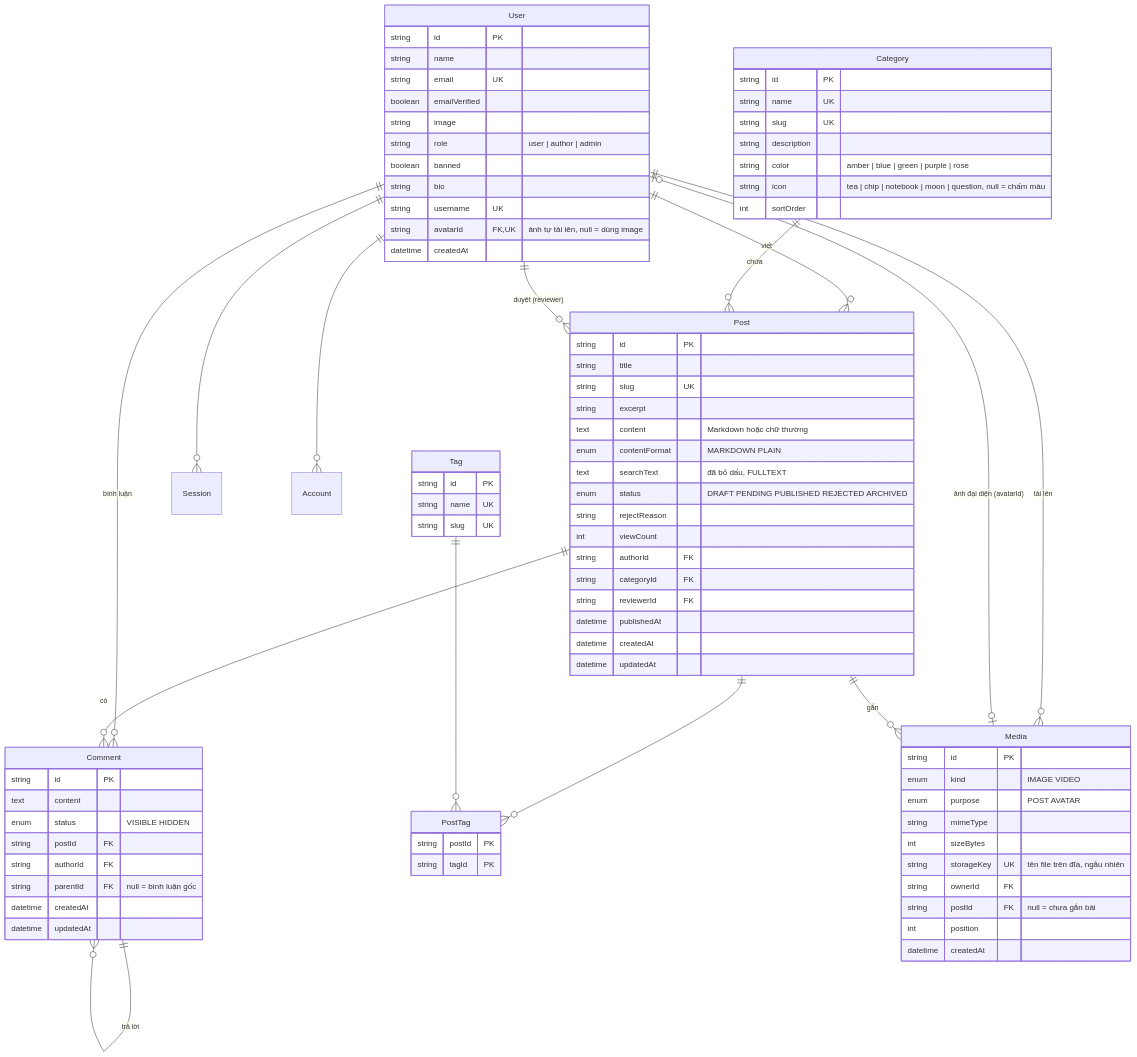
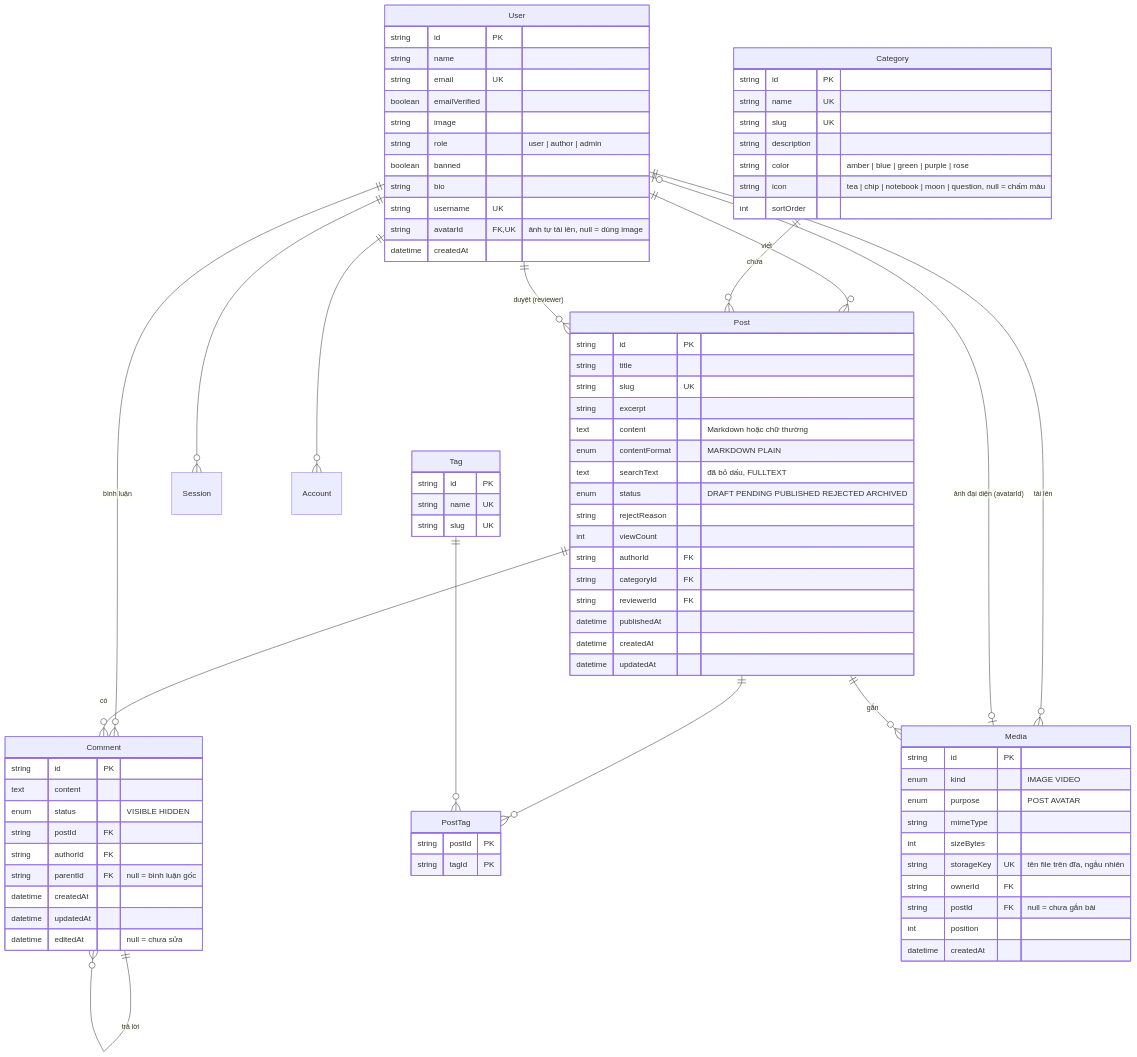
One commit to HNgTruc/Xom-Nho changed the diagram in docs/co-so-du-lieu.md. Above: the diagram before and after it, drawn with Mermaid. The commit also changed other lines of this file and 4 other files, not shown here.

````diff
--- a/docs/co-so-du-lieu.md
+++ b/docs/co-so-du-lieu.md
@@ -90,5 +90,6 @@
     string parentId FK "null = bình luận gốc"
     datetime createdAt
     datetime updatedAt
+    datetime editedAt "null = chưa sửa"
   }
 ```
````
